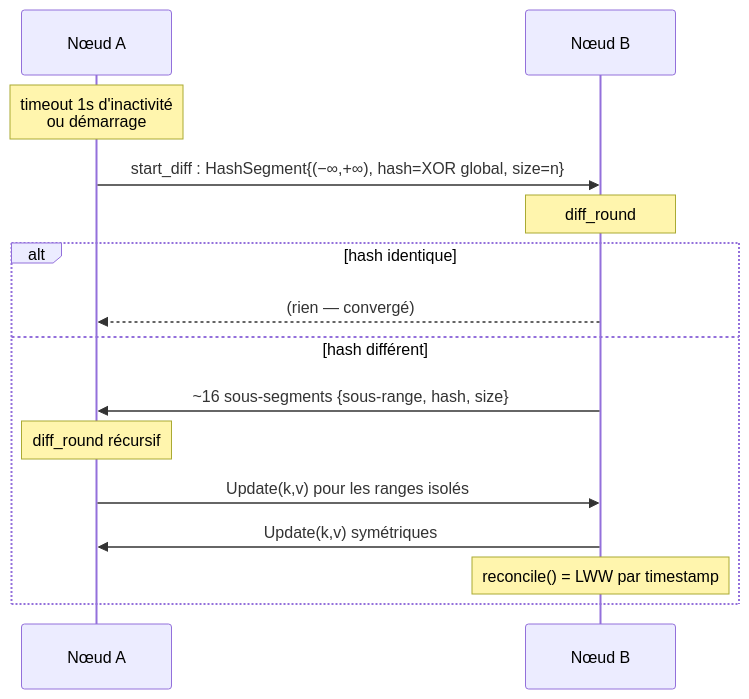
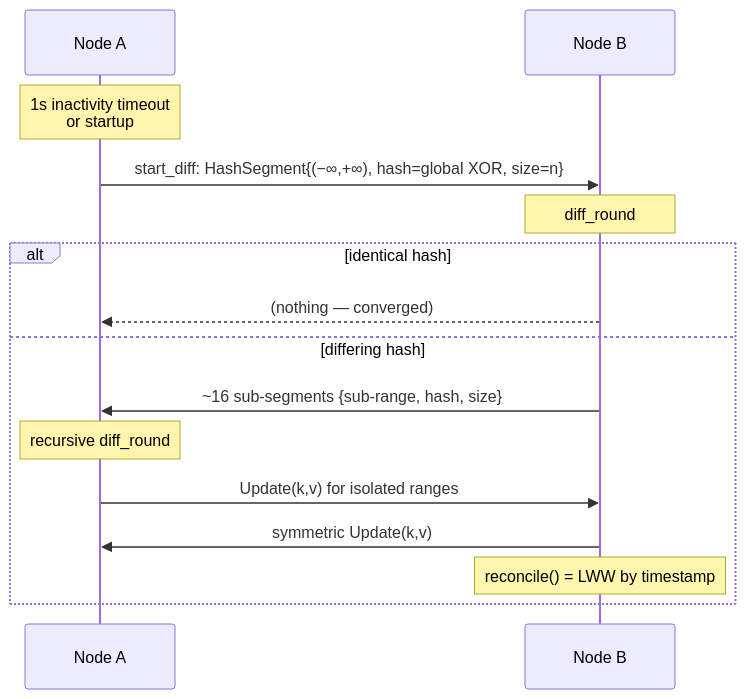
One commit to Akvize/reconcile-rs changed the diagram in REVIEW.md. Above: the diagram before and after it, drawn with Mermaid. The commit also changed other lines of this file, not shown here.

````diff
--- a/REVIEW.md
+++ b/REVIEW.md
@@ -174,17 +166,17 @@
 ```mermaid
 sequenceDiagram
-    participant A as Nœud A
-    participant B as Nœud B
-    Note over A: timeout 1s d'inactivité<br/>ou démarrage
-    A->>B: start_diff : HashSegment{(−∞,+∞), hash=XOR global, size=n}
+    participant A as Node A
+    participant B as Node B
+    Note over A: 1s inactivity timeout<br/>or startup
+    A->>B: start_diff: HashSegment{(−∞,+∞), hash=global XOR, size=n}
     Note over B: diff_round
-    alt hash identique
-        B-->>A: (rien — convergé)
-    else hash différent
-        B->>A: ~16 sous-segments {sous-range, hash, size}
-        Note over A: diff_round récursif
-        A->>B: Update(k,v) pour les ranges isolés
-        B->>A: Update(k,v) symétriques
-        Note over B: reconcile() = LWW par timestamp
+    alt identical hash
+        B-->>A: (nothing — converged)
+    else differing hash
+        B->>A: ~16 sub-segments {sub-range, hash, size}
+        Note over A: recursive diff_round
+        A->>B: Update(k,v) for isolated ranges
+        B->>A: symmetric Update(k,v)
+        Note over B: reconcile() = LWW by timestamp
     end
 ```
````
